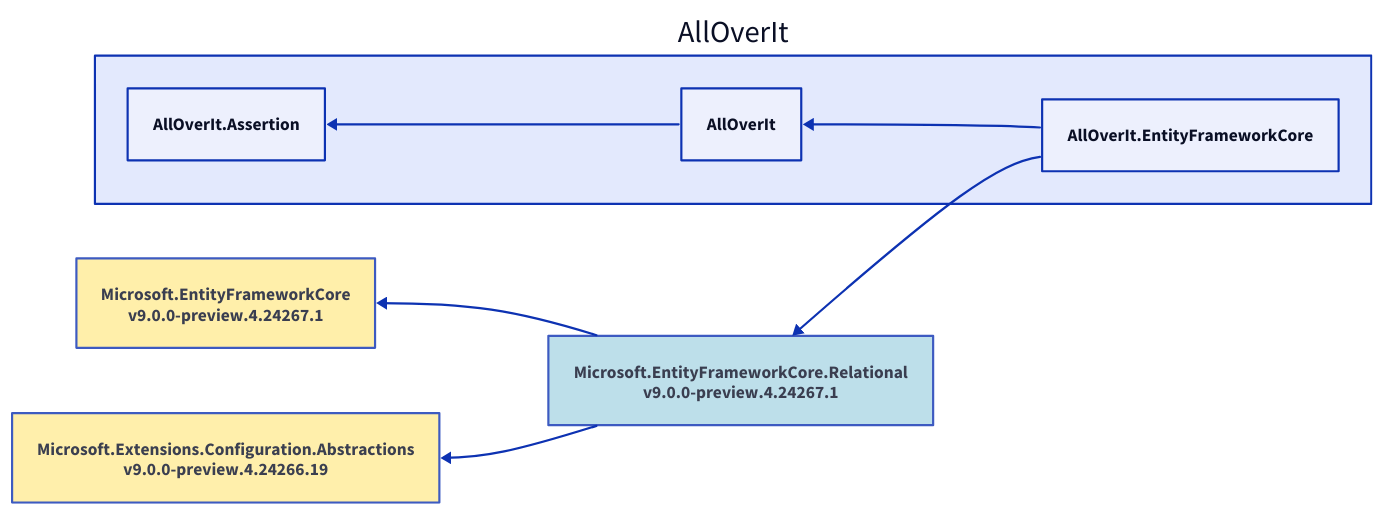
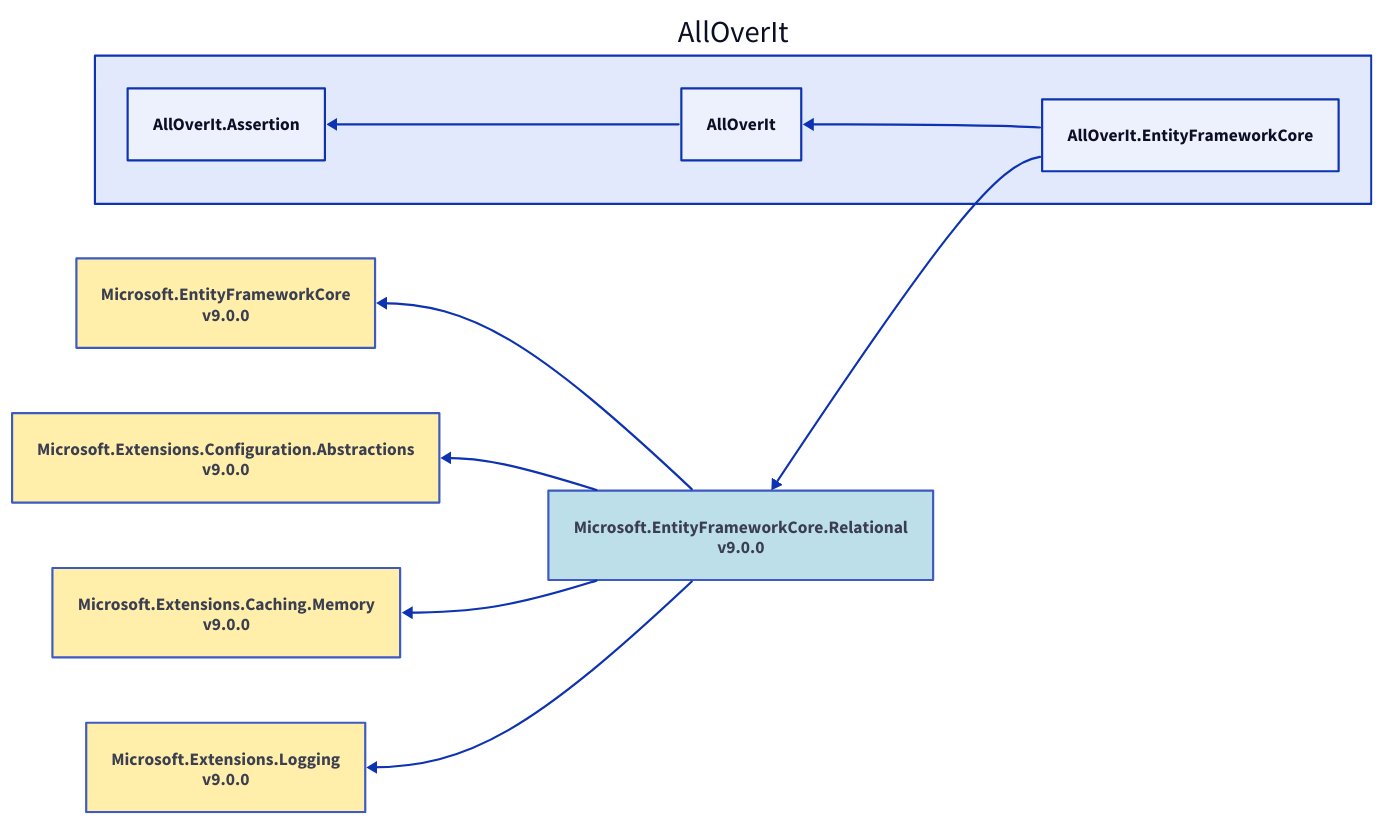
One commit to mjfreelancing/AllOverIt changed the diagram in Docs/Reference/Content/images/dependencies/net9.0/alloverit-entityframeworkcore.d2. Above: the diagram before and after it, drawn with D2. The commit also changed 205 other files, not shown here.

```diff
--- a/Docs/Reference/Content/images/dependencies/net9.0/alloverit-entityframeworkcore.d2
+++ b/Docs/Reference/Content/images/dependencies/net9.0/alloverit-entityframeworkcore.d2
@@ -1,20 +1,28 @@
 direction: left
 
 aoi: AllOverIt
 aoi.alloverit-entityframeworkcore: AllOverIt.EntityFrameworkCore
-microsoft-entityframeworkcore-relational_9-0-0-preview-4-24267-1: Microsoft.EntityFrameworkCore.Relational\nv9.0.0-preview.4.24267.1
-microsoft-entityframeworkcore-relational_9-0-0-preview-4-24267-1.style.fill: "#ADD8E6"
-microsoft-entityframeworkcore-relational_9-0-0-preview-4-24267-1.style.opacity: 0.8
-microsoft-entityframeworkcore_9-0-0-preview-4-24267-1: Microsoft.EntityFrameworkCore\nv9.0.0-preview.4.24267.1
-microsoft-entityframeworkcore_9-0-0-preview-4-24267-1.style.fill: "#FFEC96"
-microsoft-entityframeworkcore_9-0-0-preview-4-24267-1.style.opacity: 0.8
-microsoft-entityframeworkcore_9-0-0-preview-4-24267-1 <- microsoft-entityframeworkcore-relational_9-0-0-preview-4-24267-1
-microsoft-extensions-configuration-abstractions_9-0-0-preview-4-24266-19: Microsoft.Extensions.Configuration.Abstractions\nv9.0.0-preview.4.24266.19
-microsoft-extensions-configuration-abstractions_9-0-0-preview-4-24266-19.style.fill: "#FFEC96"
-microsoft-extensions-configuration-abstractions_9-0-0-preview-4-24266-19.style.opacity: 0.8
-microsoft-extensions-configuration-abstractions_9-0-0-preview-4-24266-19 <- microsoft-entityframeworkcore-relational_9-0-0-preview-4-24267-1
-microsoft-entityframeworkcore-relational_9-0-0-preview-4-24267-1 <- aoi.alloverit-entityframeworkcore
+microsoft-entityframeworkcore-relational_9-0-0: Microsoft.EntityFrameworkCore.Relational\nv9.0.0
+microsoft-entityframeworkcore-relational_9-0-0.style.fill: "#ADD8E6"
+microsoft-entityframeworkcore-relational_9-0-0.style.opacity: 0.8
+microsoft-entityframeworkcore_9-0-0: Microsoft.EntityFrameworkCore\nv9.0.0
+microsoft-entityframeworkcore_9-0-0.style.fill: "#FFEC96"
+microsoft-entityframeworkcore_9-0-0.style.opacity: 0.8
+microsoft-entityframeworkcore_9-0-0 <- microsoft-entityframeworkcore-relational_9-0-0
+microsoft-extensions-configuration-abstractions_9-0-0: Microsoft.Extensions.Configuration.Abstractions\nv9.0.0
+microsoft-extensions-configuration-abstractions_9-0-0.style.fill: "#FFEC96"
+microsoft-extensions-configuration-abstractions_9-0-0.style.opacity: 0.8
+microsoft-extensions-configuration-abstractions_9-0-0 <- microsoft-entityframeworkcore-relational_9-0-0
+microsoft-extensions-caching-memory_9-0-0: Microsoft.Extensions.Caching.Memory\nv9.0.0
+microsoft-extensions-caching-memory_9-0-0.style.fill: "#FFEC96"
+microsoft-extensions-caching-memory_9-0-0.style.opacity: 0.8
+microsoft-extensions-caching-memory_9-0-0 <- microsoft-entityframeworkcore-relational_9-0-0
+microsoft-extensions-logging_9-0-0: Microsoft.Extensions.Logging\nv9.0.0
+microsoft-extensions-logging_9-0-0.style.fill: "#FFEC96"
+microsoft-extensions-logging_9-0-0.style.opacity: 0.8
+microsoft-extensions-logging_9-0-0 <- microsoft-entityframeworkcore-relational_9-0-0
+microsoft-entityframeworkcore-relational_9-0-0 <- aoi.alloverit-entityframeworkcore
 aoi.alloverit: AllOverIt
 aoi.alloverit-assertion: AllOverIt.Assertion
 aoi.alloverit-assertion <- aoi.alloverit
 aoi.alloverit <- aoi.alloverit-entityframeworkcore
```
